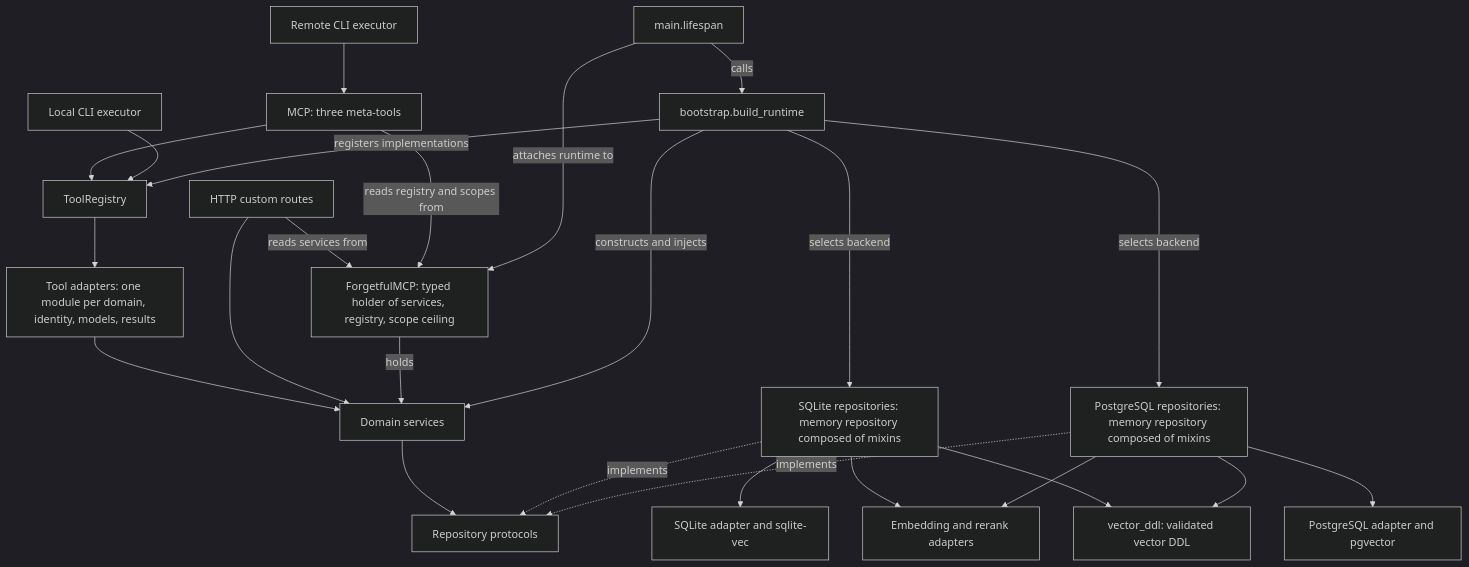
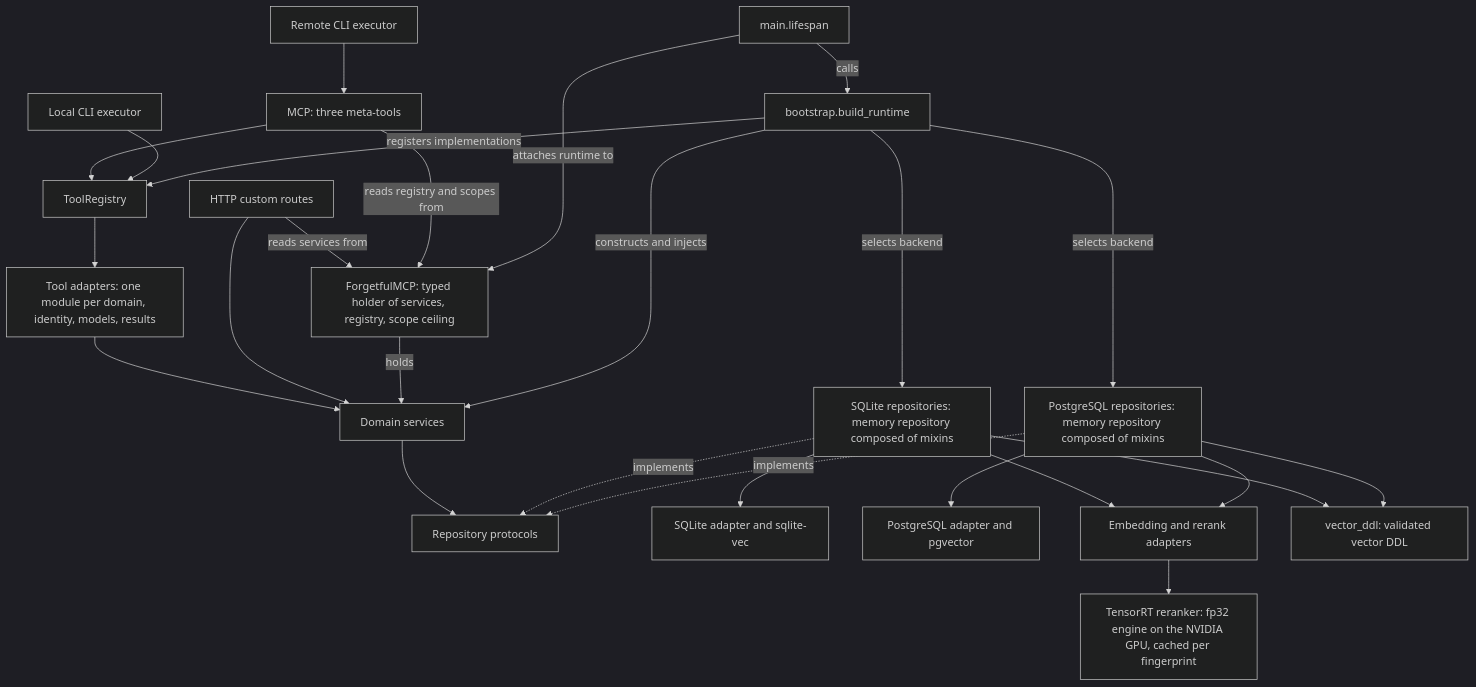
The diagram in architecture.md (Axiumine/axmem), drawn with Mermaid (dark theme) before and after one commit. The commit also changed other lines of this file and 55 other files, not shown here.

First line of the commit message:
🤖 feat(rerank): TensorRT 11 reranker, strict fp32, tested on the real GPU

````diff
--- a/architecture.md
+++ b/architecture.md
@@ -24,28 +25,29 @@
 ```mermaid
 flowchart TD
     MCP["MCP: three meta-tools"] --> Registry["ToolRegistry"]
     Local["Local CLI executor"] --> Registry
     Remote["Remote CLI executor"] --> MCP
     Registry --> ToolAdapters["Tool adapters: one module per domain, identity, models, results"]
     ToolAdapters --> Services["Domain services"]
     HTTP["HTTP custom routes"] --> Services
     Server["ForgetfulMCP: typed holder of services, registry, scope ceiling"]
     HTTP -->|reads services from| Server
     MCP -->|reads registry and scopes from| Server
     Server -->|holds| Services
     Services --> Contracts["Repository protocols"]
     SQLite["SQLite repositories: memory repository composed of mixins"] -. implements .-> Contracts
     Postgres["PostgreSQL repositories: memory repository composed of mixins"] -. implements .-> Contracts
     SQLite --> SQLiteDB["SQLite adapter and sqlite-vec"]
     Postgres --> PostgresDB["PostgreSQL adapter and pgvector"]
     SQLite --> Providers["Embedding and rerank adapters"]
     Postgres --> Providers
+    Providers --> TensorRT["TensorRT reranker: fp32 engine on the NVIDIA GPU, cached per fingerprint"]
     SQLite --> VectorDDL["vector_ddl: validated vector DDL"]
     Postgres --> VectorDDL
     Lifespan["main.lifespan"] -->|calls| Bootstrap["bootstrap.build_runtime"]
     Lifespan -->|attaches runtime to| Server
     Bootstrap -->|constructs and injects| Services
     Bootstrap -->|registers implementations| Registry
     Bootstrap -->|selects backend| SQLite
     Bootstrap -->|selects backend| Postgres
 ```
````
